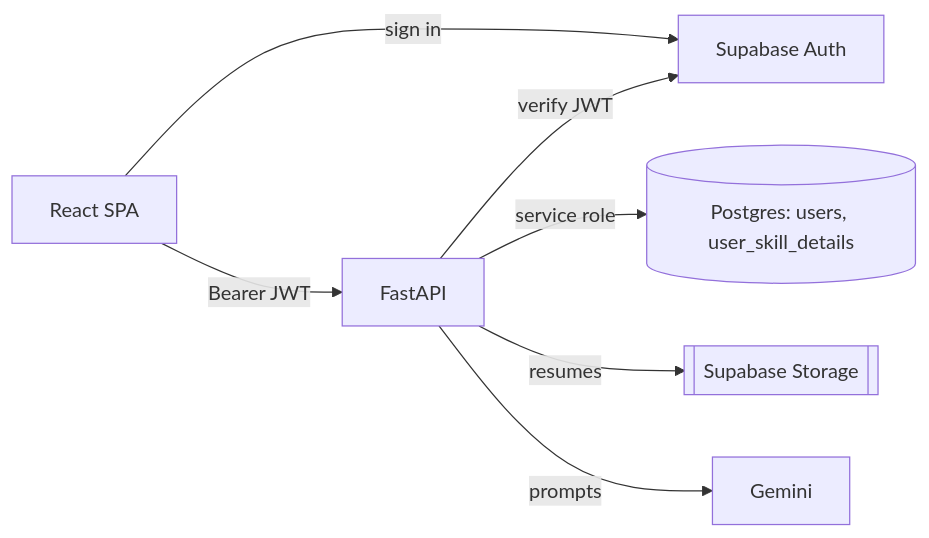
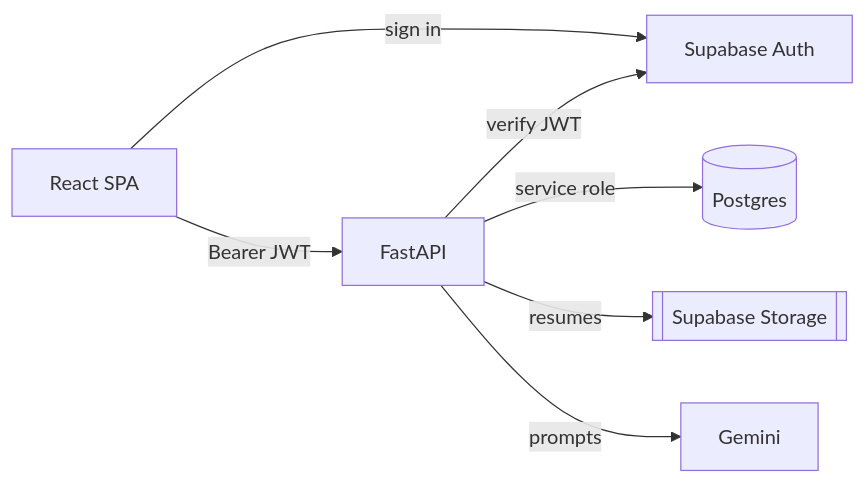
One commit to GreeshmakRaj/levelup-skill-profiler changed the first of 3 diagrams in ARCHITECTURE.md. Above: the diagram before and after it, drawn with Mermaid. The commit also changed other lines of this file and 27 other files, not shown here.

````diff
--- a/ARCHITECTURE.md
+++ b/ARCHITECTURE.md
@@ -12,9 +5,9 @@
 ```mermaid
 flowchart LR
     FE["React SPA"] -- "Bearer JWT" --> API["FastAPI"]
     FE -- "sign in" --> AUTH["Supabase Auth"]
     API -- "verify JWT" --> AUTH
-    API -- "service role" --> DB[("Postgres: users, user_skill_details")]
+    API -- "service role" --> DB[("Postgres")]
     API -- "resumes" --> STORE[["Supabase Storage"]]
     API -- "prompts" --> LLM["Gemini"]
 ```
````
